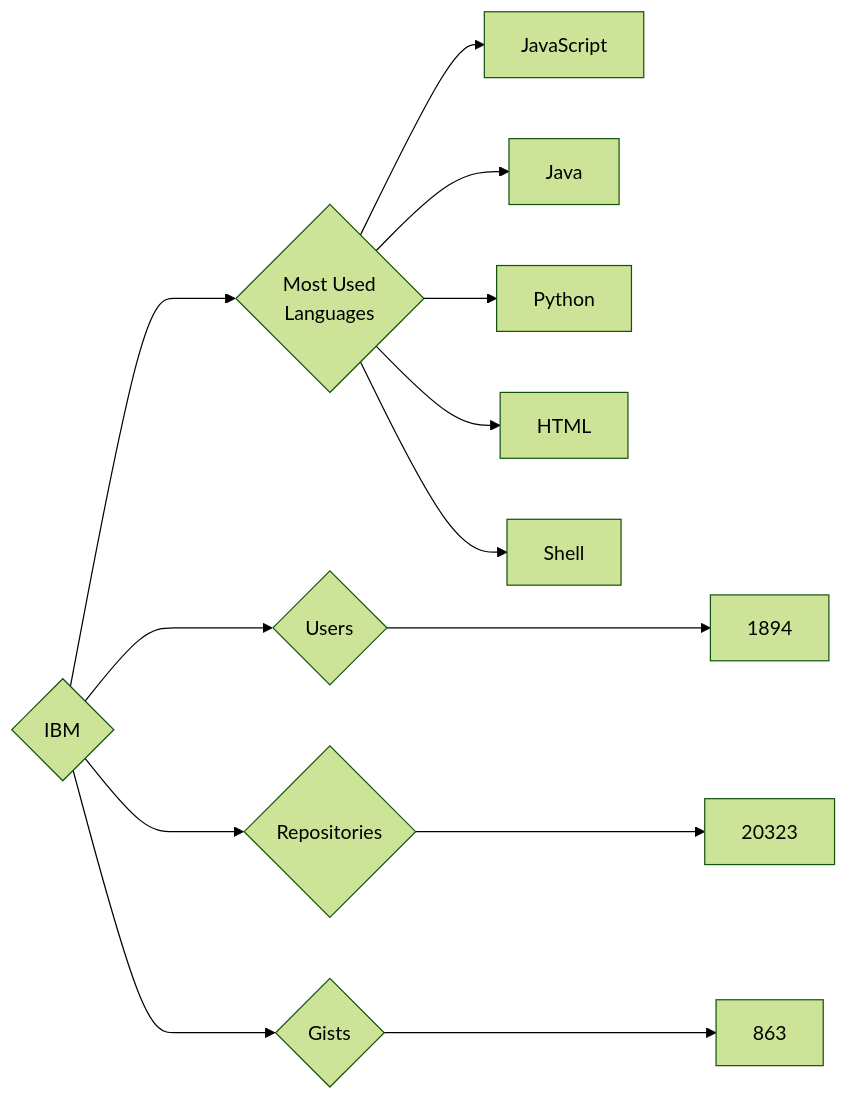
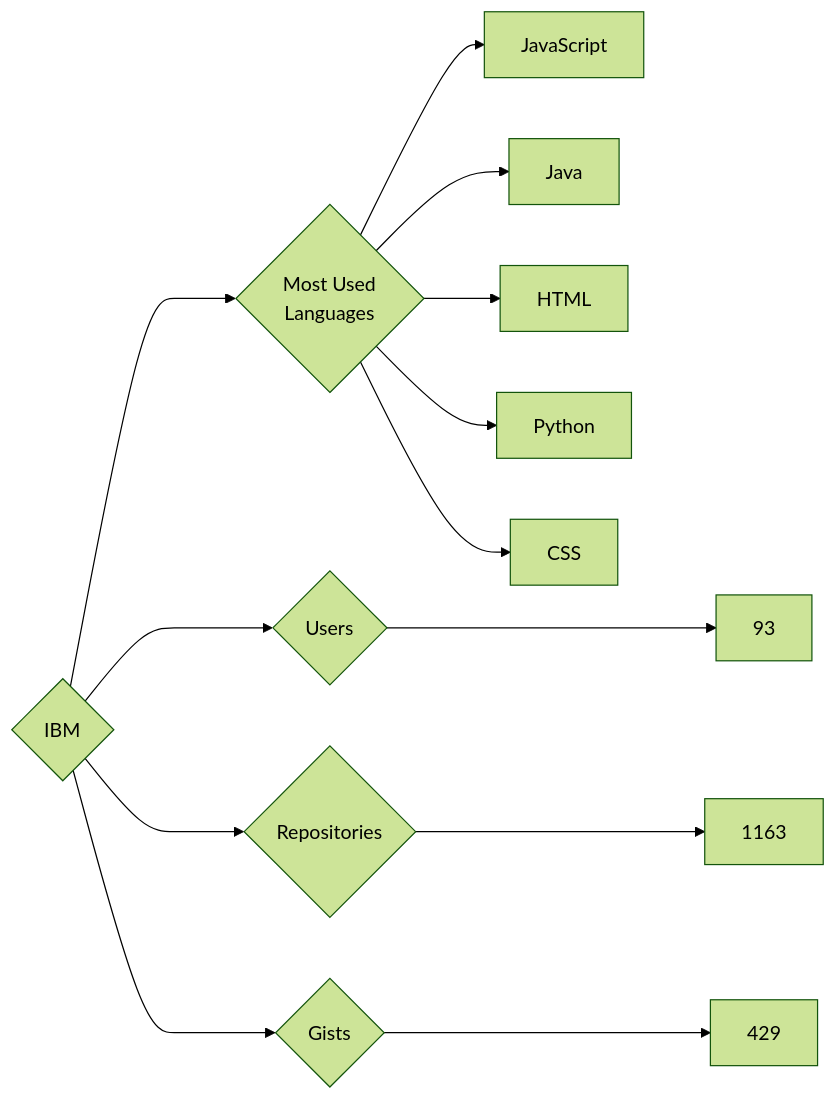
The diagram in targets/IBM/README.md (trickest/insiders), drawn with Mermaid (forest theme) before and after one commit. The commit also changed 786 other files, not shown here.

````diff
--- a/targets/IBM/README.md
+++ b/targets/IBM/README.md
@@ -3,13 +3,13 @@
 ```mermaid
 graph LR
 COMPANY_NAME{IBM}
-COMPANY_NAME ---> U{Users} ---> UN[1894]
-COMPANY_NAME ---> R{Repositories} ---> RN[20323]
-COMPANY_NAME ---> G{Gists} ---> GN[863]
+COMPANY_NAME ---> U{Users} ---> UN[93]
+COMPANY_NAME ---> R{Repositories} ---> RN[1163]
+COMPANY_NAME ---> G{Gists} ---> GN[429]
 COMPANY_NAME ---> ML{Most Used<br>Languages}
 ML --> JavaScript[JavaScript]
 ML --> Java[Java]
+ML --> HTML[HTML]
 ML --> Python[Python]
-ML --> HTML[HTML]
-ML --> Shell[Shell]
+ML --> CSS[CSS]
 ```
````
